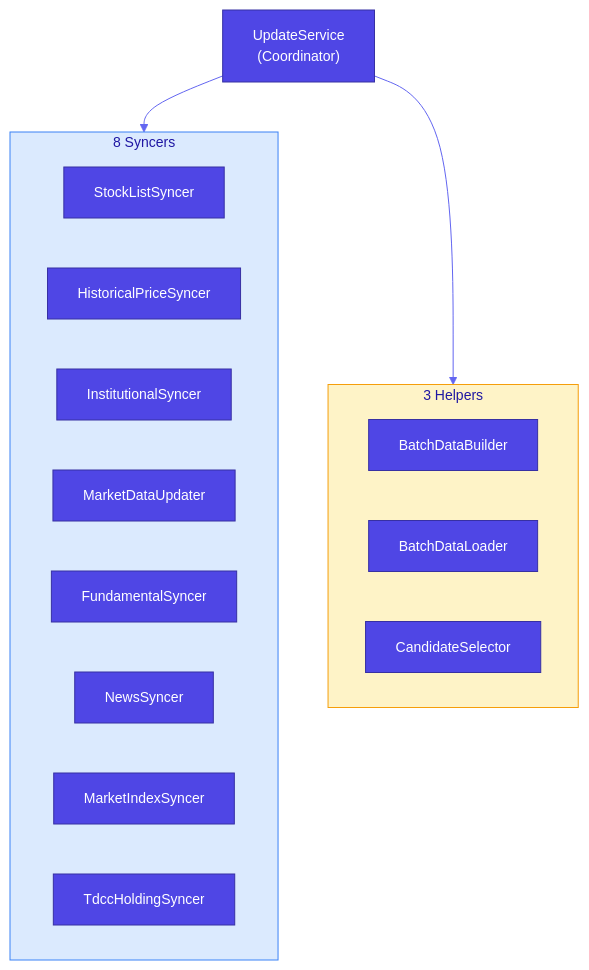
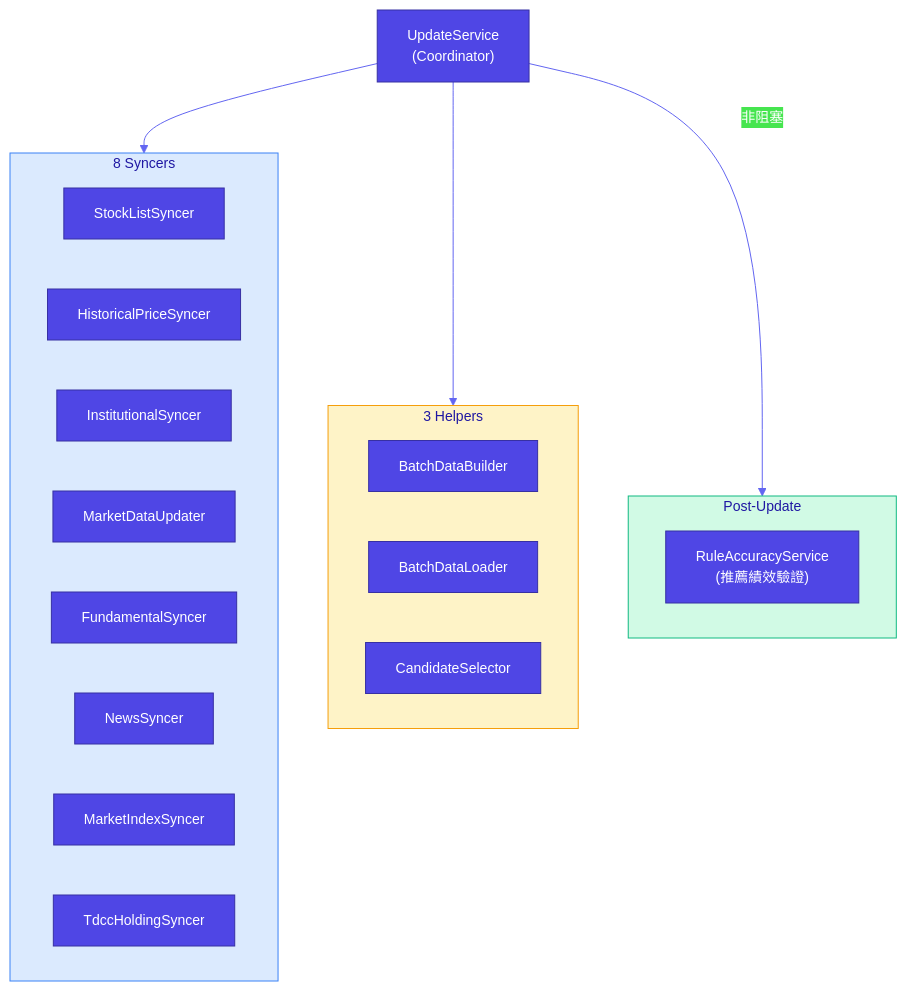
The fourth of 4 diagrams in CLAUDE.md (Neal75418/afterclose), drawn with Mermaid before and after one commit. The commit also changed other lines of this file and 53 other files, not shown here.

````diff
--- a/CLAUDE.md
+++ b/CLAUDE.md
@@ -153,29 +155,35 @@
 ```mermaid
 %%{init: {'theme': 'base', 'themeVariables': {'primaryColor': '#4F46E5', 'primaryTextColor': '#fff', 'primaryBorderColor': '#3730A3', 'lineColor': '#6366F1', 'fontSize': '14px'}}}%%
 graph TB
     US["UpdateService<br/>(Coordinator)"]
 
     subgraph Syncers["8 Syncers"]
         SLS["StockListSyncer"]
         HPS["HistoricalPriceSyncer"]
         IS["InstitutionalSyncer"]
         MDU["MarketDataUpdater"]
         FS["FundamentalSyncer"]
         NS["NewsSyncer"]
         MIS["MarketIndexSyncer"]
         THS["TdccHoldingSyncer"]
     end
 
     subgraph Helpers["3 Helpers"]
         BDB["BatchDataBuilder"]
         BDL["BatchDataLoader"]
         CS["CandidateSelector"]
     end
 
+    subgraph PostUpdate["Post-Update"]
+        RAS["RuleAccuracyService<br/>(推薦績效驗證)"]
+    end
+
     US --> Syncers
     US --> Helpers
+    US -->|"非阻塞"| PostUpdate
 
     style US fill:#4F46E5,stroke:#3730A3,color:#fff
     style Syncers fill:#DBEAFE,stroke:#3B82F6
     style Helpers fill:#FEF3C7,stroke:#F59E0B
+    style PostUpdate fill:#D1FAE5,stroke:#10B981
 ```
````
